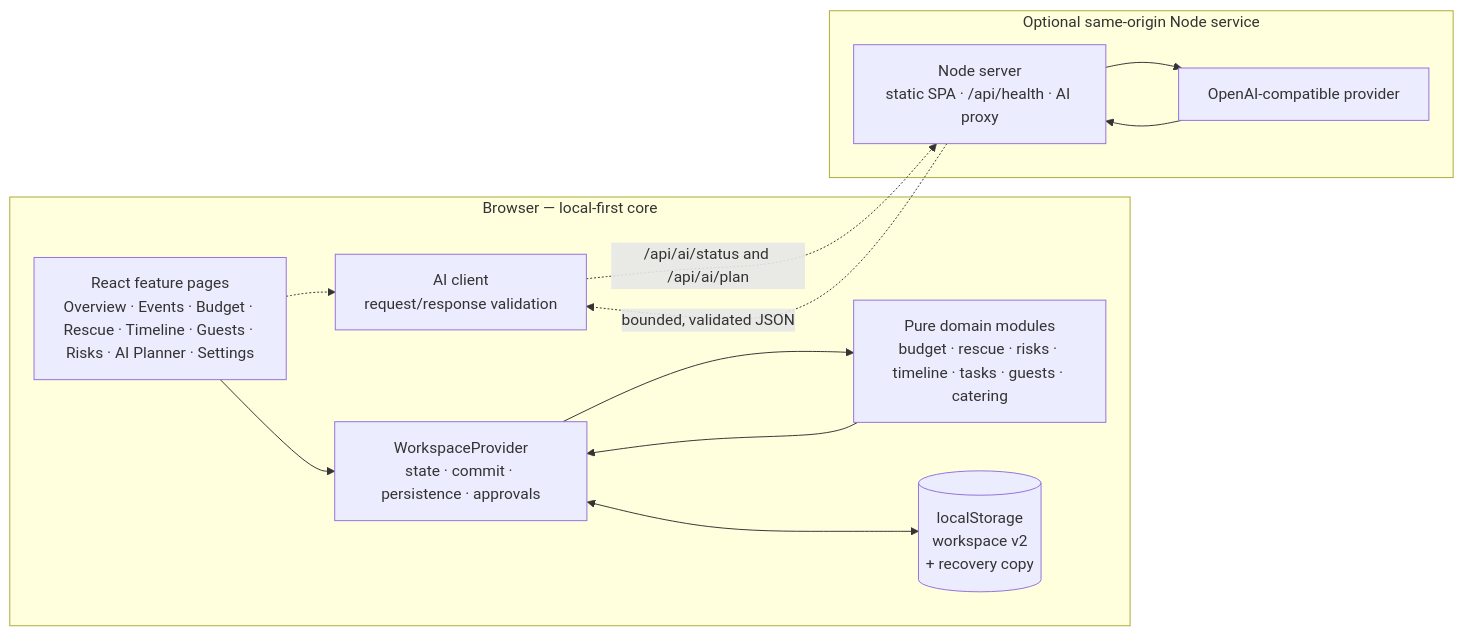
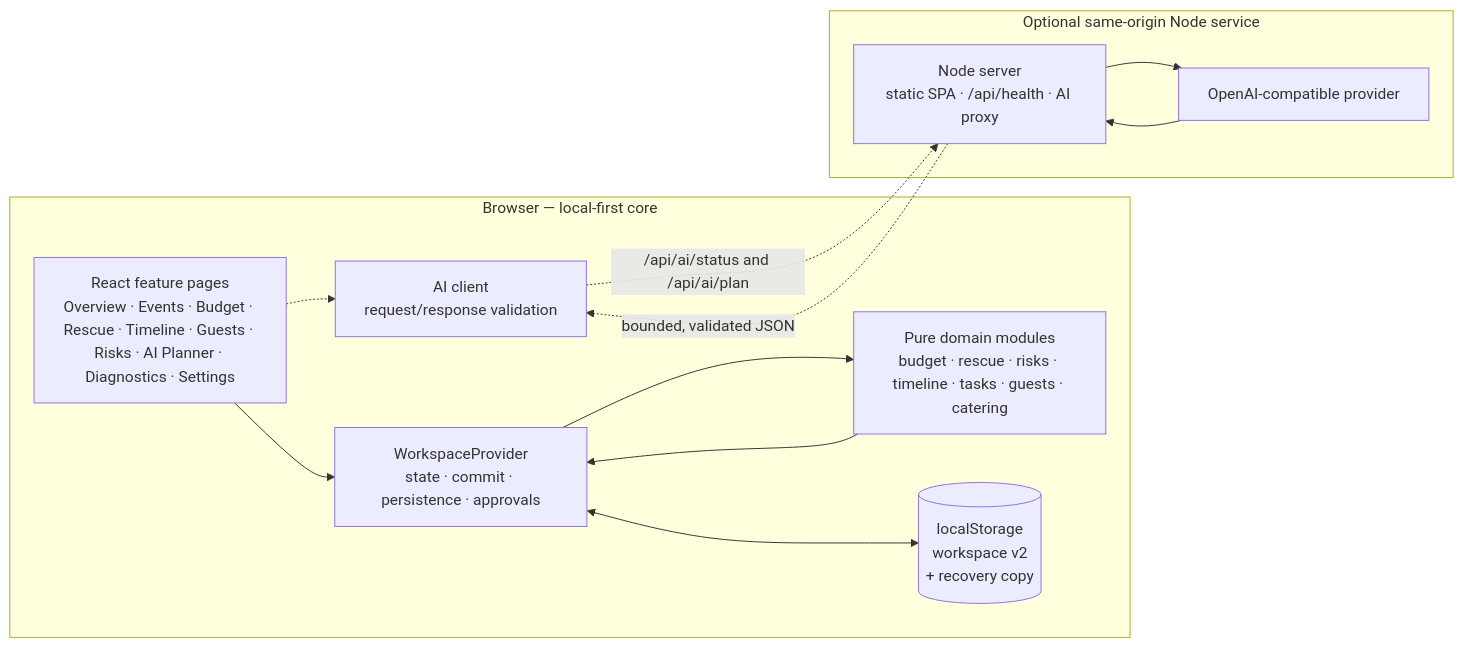
The first of 7 diagrams in docs/ARCHITECTURE.md (siddhant19saraf-spec/utsav-ai), drawn with Mermaid before and after one commit. The commit also changed other lines of this file and 34 other files, not shown here.

````diff
--- a/docs/ARCHITECTURE.md
+++ b/docs/ARCHITECTURE.md
@@ -17,25 +17,25 @@
 ```mermaid
 flowchart LR
     subgraph Browser["Browser — local-first core"]
-        UI["React feature pages<br/>Overview · Events · Budget · Rescue · Timeline · Guests · Risks · AI Planner · Settings"]
+        UI["React feature pages<br/>Overview · Events · Budget · Rescue · Timeline · Guests · Risks · AI Planner · Diagnostics · Settings"]
         WP["WorkspaceProvider<br/>state · commit · persistence · approvals"]
         RULES["Pure domain modules<br/>budget · rescue · risks · timeline · tasks · guests · catering"]
         LS[("localStorage<br/>workspace v2<br/>+ recovery copy")]
         AIC["AI client<br/>request/response validation"]
 
         UI --> WP
         WP --> RULES
         RULES --> WP
         WP <--> LS
         UI -.-> AIC
     end
 
     subgraph Optional["Optional same-origin Node service"]
         API["Node server<br/>static SPA · /api/health · AI proxy"]
         MODEL["OpenAI-compatible provider"]
         AIC -.->|"/api/ai/status and /api/ai/plan"| API
         API --> MODEL
         MODEL --> API
         API -.->|"bounded, validated JSON"| AIC
     end
 ```
````
